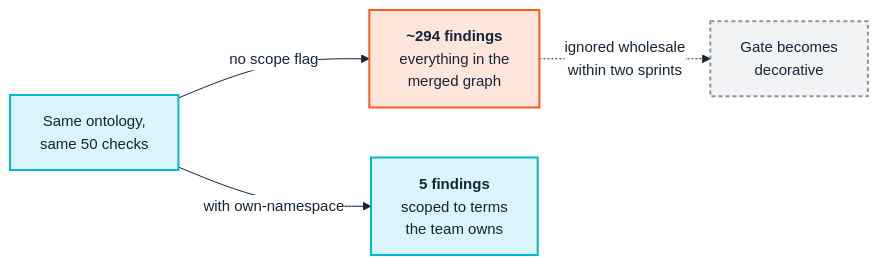
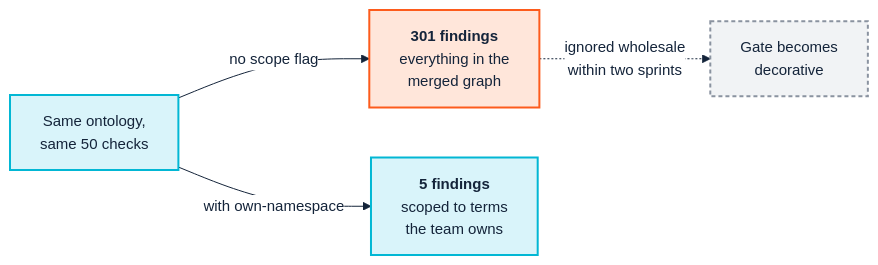
One commit to pwin/SemOpsManual changed the diagram in docs/02-people-and-cognition.md. Above: the diagram before and after it, drawn with Mermaid. The commit also changed other lines of this file and 5 other files, not shown here.

````diff
--- a/docs/02-people-and-cognition.md
+++ b/docs/02-people-and-cognition.md
@@ -150,20 +148,20 @@
 ```mermaid
 %%{init: {'theme':'base','themeVariables':{
   'fontSize':'15px','fontFamily':'Segoe UI, Helvetica, Arial, sans-serif',
   'lineColor':'#14243A','primaryTextColor':'#14243A',
   'edgeLabelBackground':'#FFFFFF'}}}%%
 flowchart LR
     RUN["Same ontology,<br/>same 50 checks"]
-    A["<b>~294 findings</b><br/>everything in the<br/>merged graph"]
+    A["<b>301 findings</b><br/>everything in the<br/>merged graph"]
     B["<b>5 findings</b><br/>scoped to terms<br/>the team owns"]
 
     RUN -->|"no scope flag"| A
     RUN -->|"with own-namespace"| B
 
     A -.->|"ignored wholesale<br/>within two sprints"| X["Gate becomes<br/>decorative"]
 
     classDef ci fill:#D9F4FA,stroke:#02B7D4,stroke-width:2px,color:#14243A;
     classDef human fill:#FFE6DA,stroke:#FD5B1C,stroke-width:2px,color:#14243A;
     classDef gap fill:#F1F3F5,stroke:#8A93A0,stroke-width:2px,color:#14243A,stroke-dasharray:4 3;
     class RUN ci; class A human; class B ci; class X gap;
 ```
````
